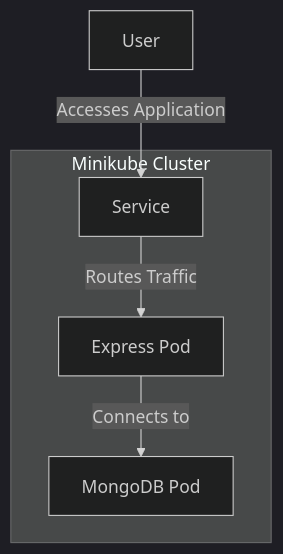
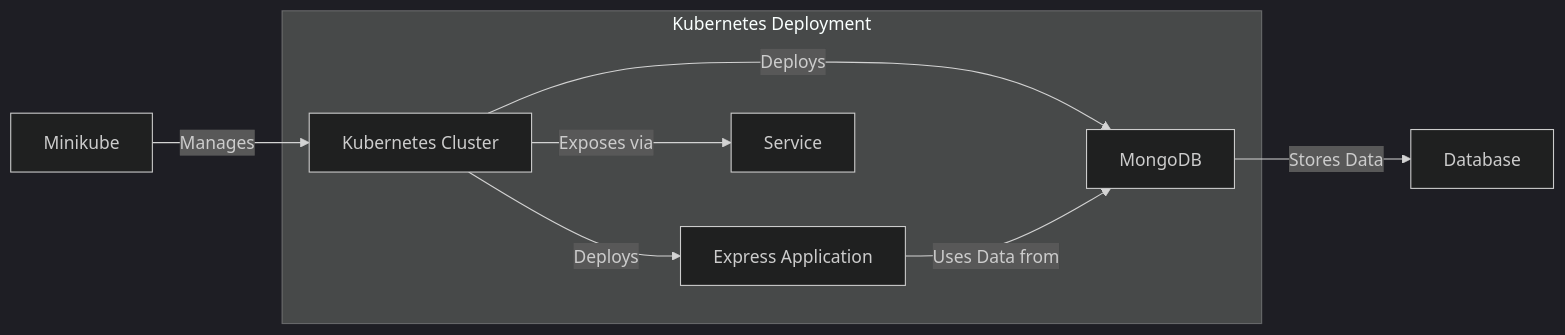
One commit to muhammadsziyad/k8s-mongodb-express-minikube changed the diagram in readme.md. Above: the diagram before and after it, drawn with Mermaid (dark theme).

````diff
--- a/readme.md
+++ b/readme.md
@@ -4,14 +4,19 @@
 ```mermaid
-graph TD
-    A[User] -->|Accesses Application| B[Service]
-    B -->|Routes Traffic| C[Express Pod]
-    C -->|Connects to| D[MongoDB Pod]
-    
-    subgraph Minikube Cluster
+flowchart LR
+    A[Minikube] -->|Manages| B[Kubernetes Cluster]
+    B -->|Deploys| C[MongoDB]
+    B -->|Deploys| D[Express Application]
+    C -->|Stores Data| E[Database]
+    D -->|Uses Data from| C
+    B -->|Exposes via| F[Service]
+
+    subgraph Kubernetes Deployment
         B
         C
         D
+        F
     end
 
 
+
 ```
````
